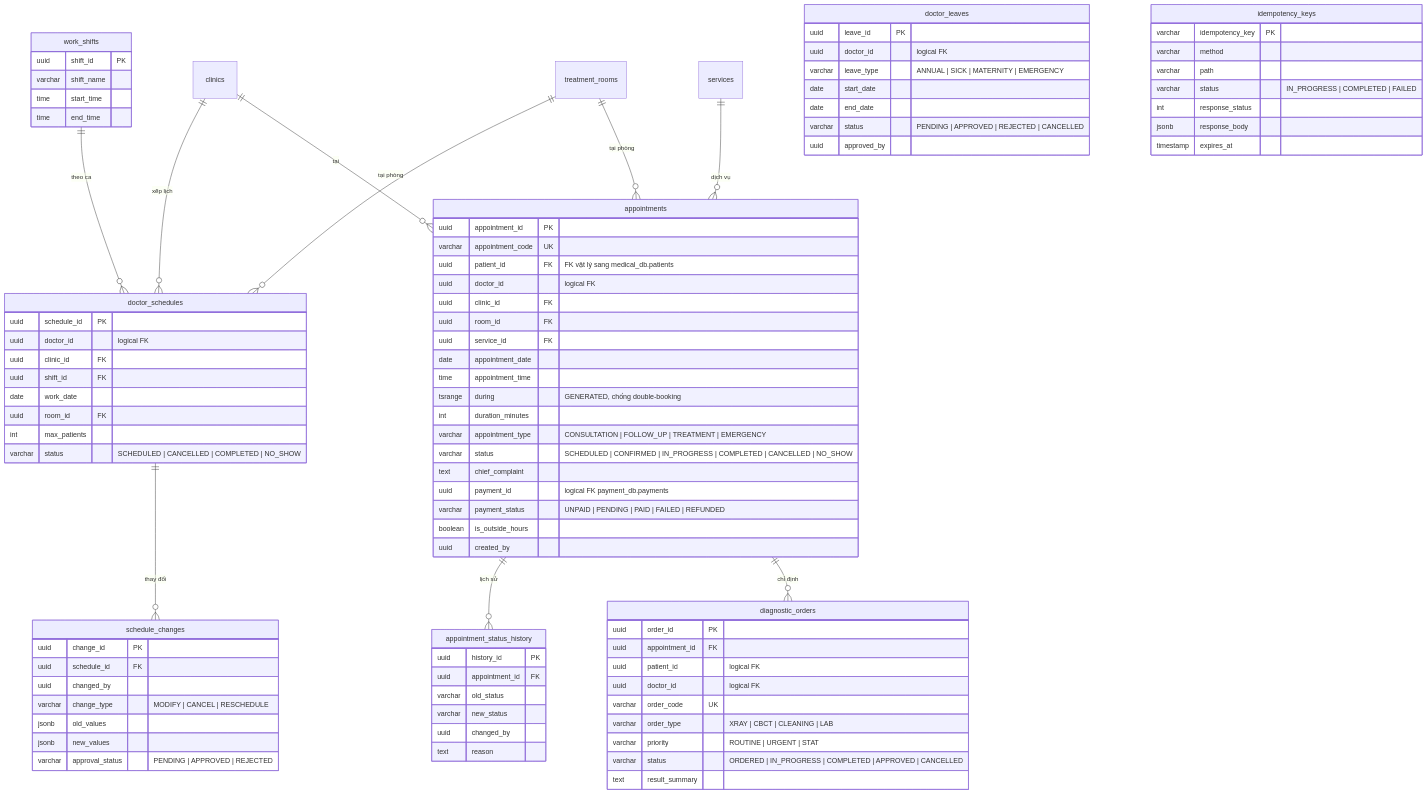
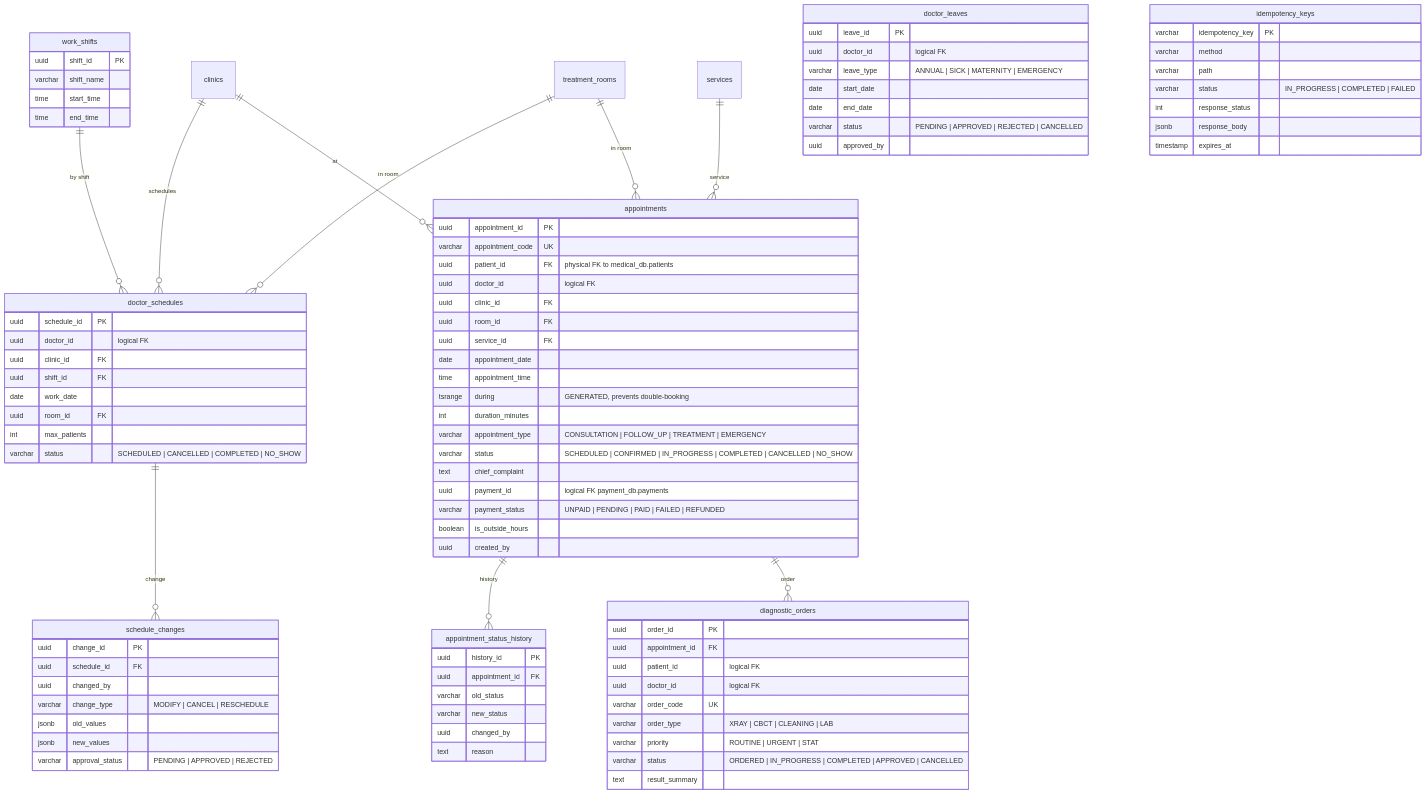
The eighth of 9 diagrams in docs/architecture/erd.md (LTPPPP/Smart-Medical-Intelligent-Ledger-for-E-health-S.M.I.L.E-), drawn with Mermaid before and after one commit. The commit also changed other lines of this file, not shown here.

First line of the commit message:
docs(erd): translate ERD diagram to English

````diff
--- a/docs/architecture/erd.md
+++ b/docs/architecture/erd.md
@@ -574,14 +574,14 @@
 ```mermaid
 erDiagram
-    clinics ||--o{ doctor_schedules : "xếp lịch"
-    work_shifts ||--o{ doctor_schedules : "theo ca"
-    treatment_rooms ||--o{ doctor_schedules : "tại phòng"
-    doctor_schedules ||--o{ schedule_changes : "thay đổi"
-    clinics ||--o{ appointments : "tại"
-    treatment_rooms ||--o{ appointments : "tại phòng"
-    services ||--o{ appointments : "dịch vụ"
-    appointments ||--o{ appointment_status_history : "lịch sử"
-    appointments ||--o{ diagnostic_orders : "chỉ định"
+    clinics ||--o{ doctor_schedules : "schedules"
+    work_shifts ||--o{ doctor_schedules : "by shift"
+    treatment_rooms ||--o{ doctor_schedules : "in room"
+    doctor_schedules ||--o{ schedule_changes : "change"
+    clinics ||--o{ appointments : "at"
+    treatment_rooms ||--o{ appointments : "in room"
+    services ||--o{ appointments : "service"
+    appointments ||--o{ appointment_status_history : "history"
+    appointments ||--o{ diagnostic_orders : "order"
 
     work_shifts {
         uuid shift_id PK
@@ -620,14 +620,14 @@
     appointments {
         uuid appointment_id PK
         varchar appointment_code UK
-        uuid patient_id FK "FK vật lý sang medical_db.patients"
+        uuid patient_id FK "physical FK to medical_db.patients"
         uuid doctor_id "logical FK"
         uuid clinic_id FK
         uuid room_id FK
         uuid service_id FK
         date appointment_date
         time appointment_time
-        tsrange during "GENERATED, chống double-booking"
+        tsrange during "GENERATED, prevents double-booking"
         int duration_minutes
         varchar appointment_type "CONSULTATION | FOLLOW_UP | TREATMENT | EMERGENCY"
         varchar status "SCHEDULED | CONFIRMED | IN_PROGRESS | COMPLETED | CANCELLED | NO_SHOW"
````
